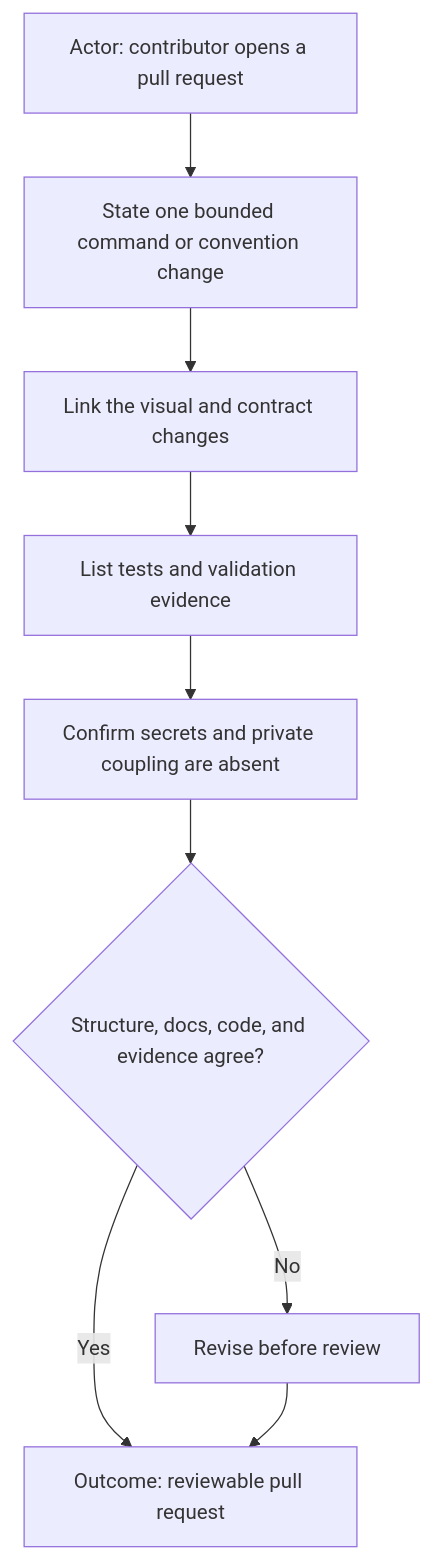
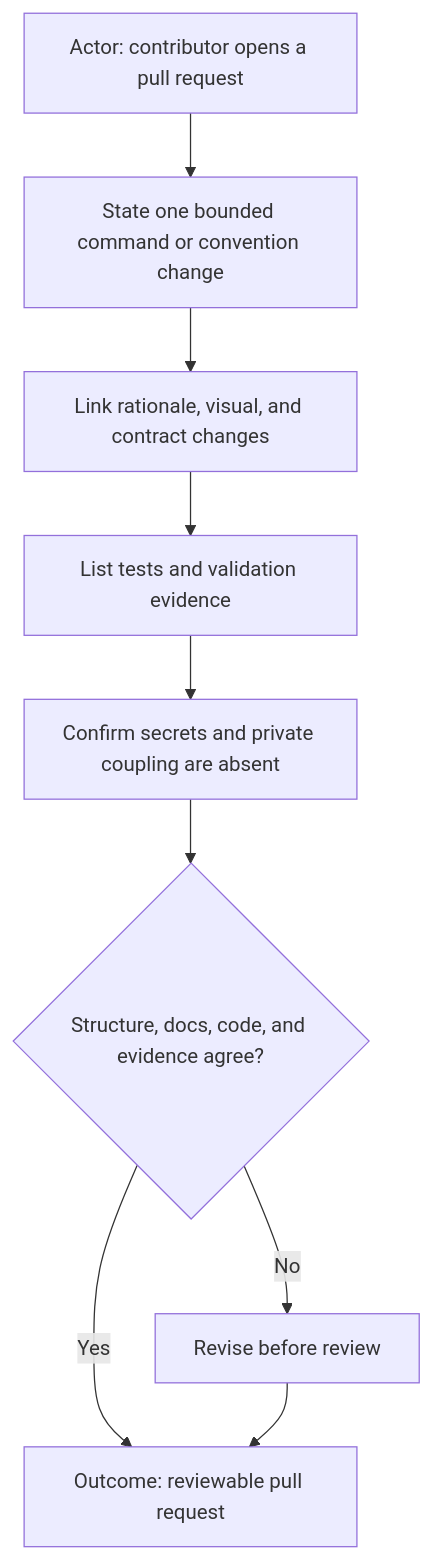
Before and after one commit to starodubtsevconsulting/ai-commands: diagram 15 of 16 in CONTRIBUTING.md, drawn with Mermaid. The commit also changed other lines of this file, not shown here.

````diff
--- a/CONTRIBUTING.md
+++ b/CONTRIBUTING.md
@@ -299,12 +327,12 @@
 ```mermaid
 flowchart TD
   Actor["Actor: contributor opens a pull request"]
   Actor --> Scope["State one bounded command or convention change"]
-  Scope --> Docs["Link the visual and contract changes"]
+  Scope --> Docs["Link rationale, visual, and contract changes"]
   Docs --> Evidence["List tests and validation evidence"]
   Evidence --> Boundary["Confirm secrets and private coupling are absent"]
   Boundary --> Decision{"Structure, docs, code, and evidence agree?"}
   Decision -->|No| Revise["Revise before review"]
   Decision -->|Yes| Outcome["Outcome: reviewable pull request"]
   Revise --> Outcome
 ```
````
